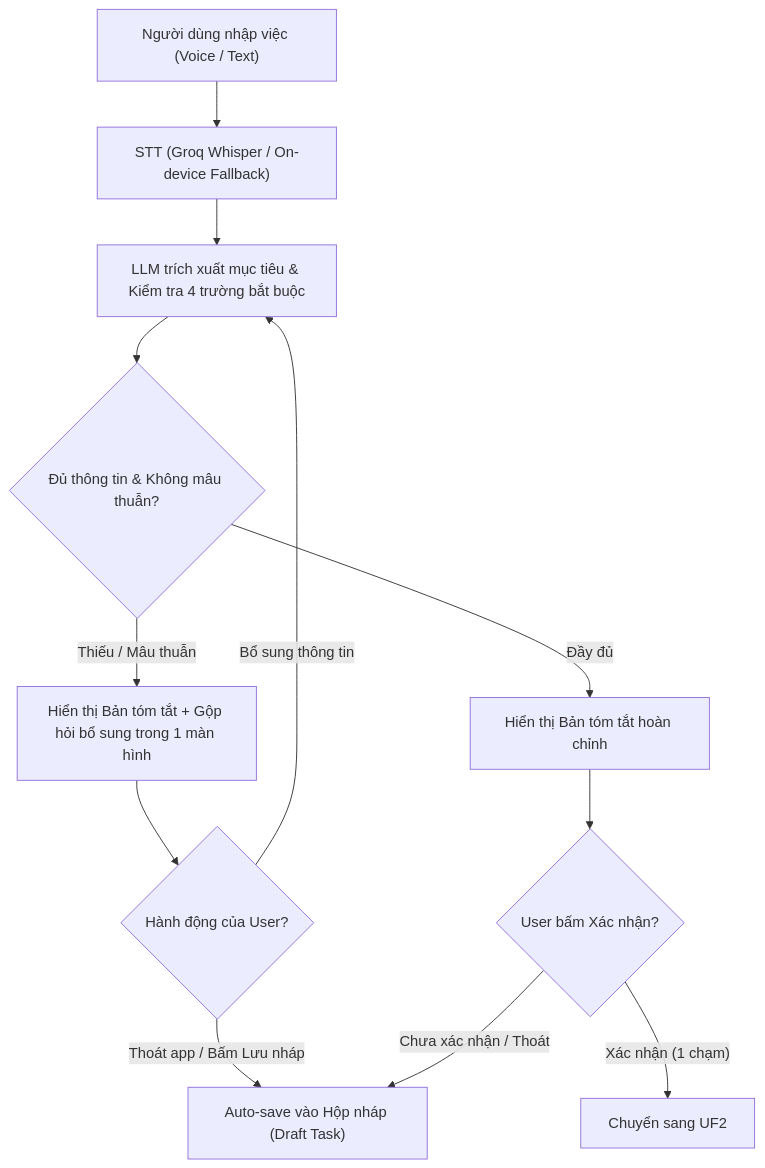
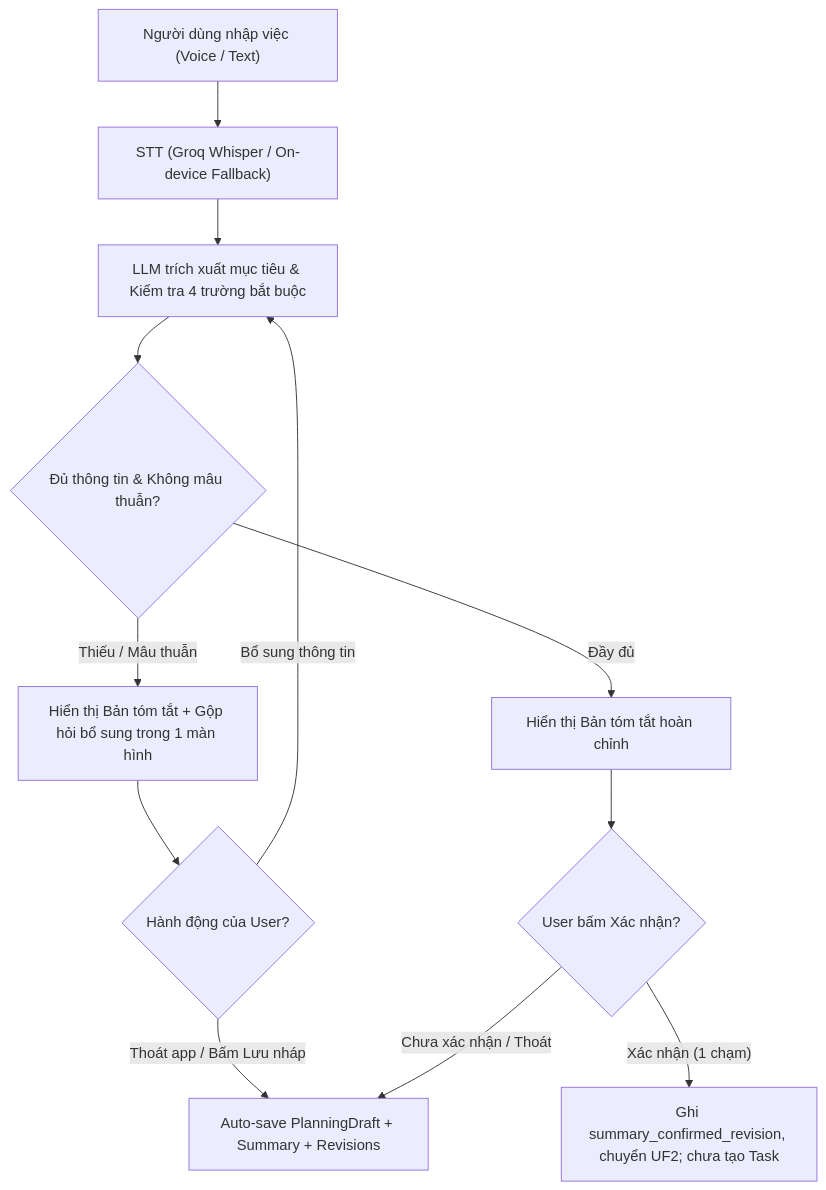
Before and after one commit to hmintrun/virtual-assistant-for-ADHD: the third of 6 diagrams in Project.md, drawn with Mermaid. The commit also changed other lines of this file and 3 other files, not shown here.

````diff
--- a/Project.md
+++ b/Project.md
@@ -269,14 +300,14 @@
 ```mermaid
 flowchart TD
     A["Người dùng nhập việc (Voice / Text)"] --> B["STT (Groq Whisper / On-device Fallback)"]
     B --> C["LLM trích xuất mục tiêu & Kiểm tra 4 trường bắt buộc"]
     C --> D{"Đủ thông tin & Không mâu thuẫn?"}
     D -->|"Thiếu / Mâu thuẫn"| E["Hiển thị Bản tóm tắt + Gộp hỏi bổ sung trong 1 màn hình"]
     E --> F{"Hành động của User?"}
-    F -->|"Thoát app / Bấm Lưu nháp"| G["Auto-save vào Hộp nháp (Draft Task)"]
+    F -->|"Thoát app / Bấm Lưu nháp"| G["Auto-save PlanningDraft + Summary + Revisions"]
     F -->|"Bổ sung thông tin"| C
     D -->|"Đầy đủ"| H["Hiển thị Bản tóm tắt hoàn chỉnh"]
     H --> I{"User bấm Xác nhận?"}
     I -->|"Chưa xác nhận / Thoát"| G
-    I -->|"Xác nhận (1 chạm)"| J["Chuyển sang UF2"]
+    I -->|"Xác nhận (1 chạm)"| J["Ghi summary_confirmed_revision, chuyển UF2; chưa tạo Task"]
 ```
````
